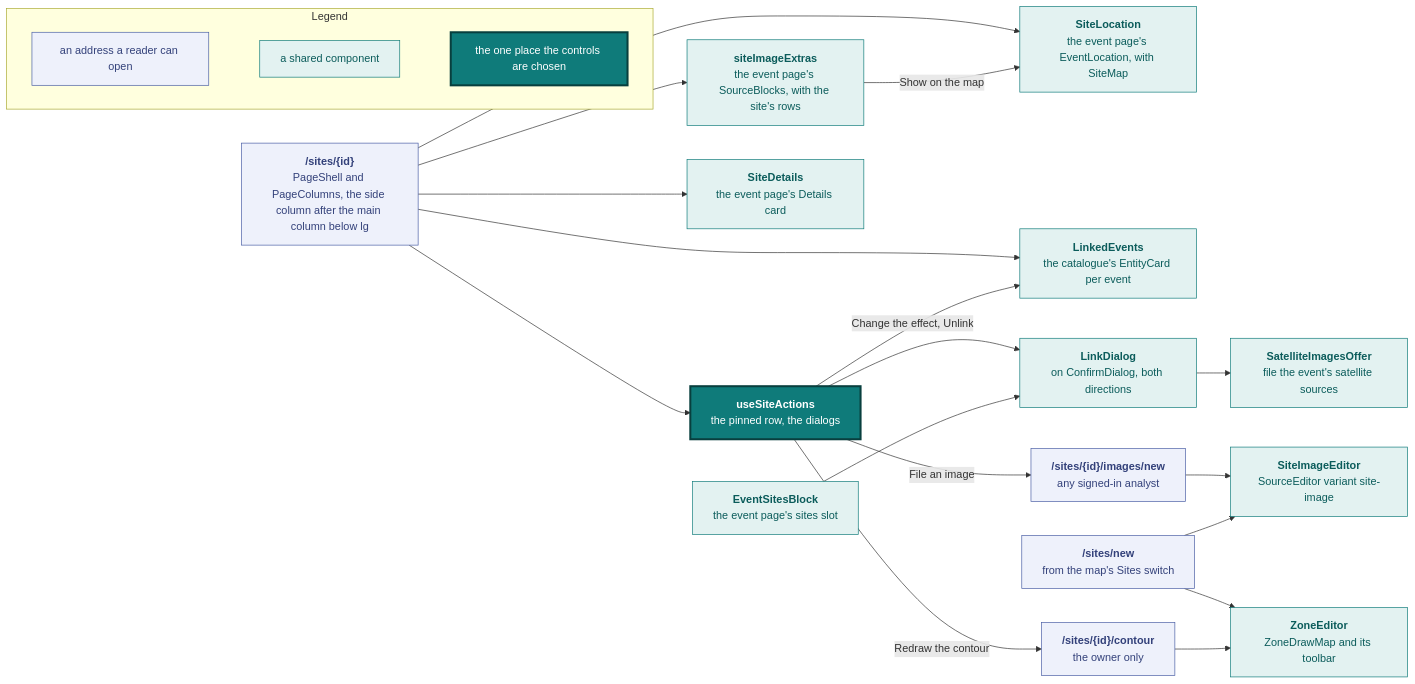
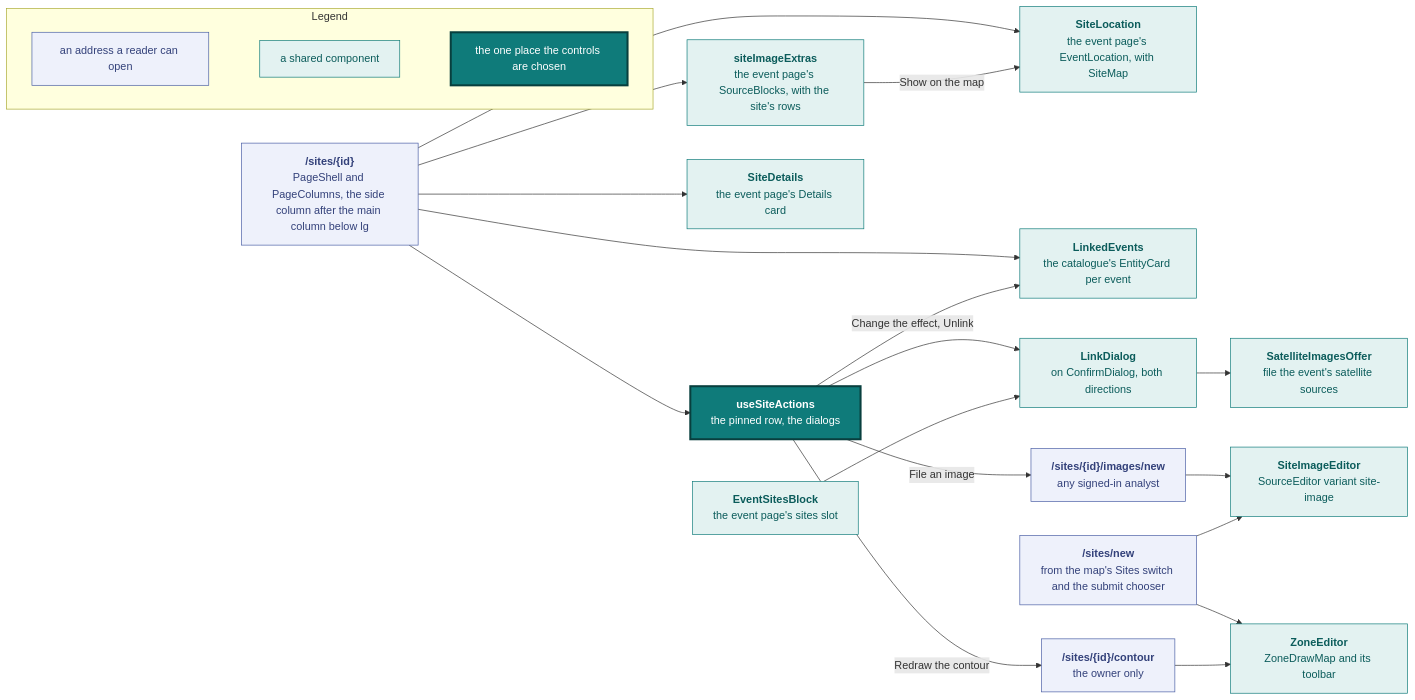
Before and after one commit to vidithq/vidit: diagram 15 of 17 in docs/design.md, drawn with Mermaid. The commit also changed other lines of this file and 7 other files, not shown here.

First line of the commit message:
feat(sites): site and collection tiles in submit, new-site page laid out like the site page

````diff
--- a/docs/design.md
+++ b/docs/design.md
@@ -1505,60 +1505,60 @@
 ```mermaid
 flowchart LR
   classDef spec fill:#eef1fb,stroke:#4a5fa5,color:#33417a
   classDef shared fill:#e3f2f1,stroke:#0f7b7a,color:#0b5c5b
   classDef core fill:#0f7b7a,stroke:#083f3e,stroke-width:3px,color:#ffffff
 
   subgraph legend [Legend]
     direction LR
     l1["`an address a reader can open`"]:::spec
     l2["`a shared component`"]:::shared
     l3["`the one place the controls are chosen`"]:::core
     l1 ~~~ l2 ~~~ l3
   end
 
   page["`**/sites/{id}**
   PageShell and PageColumns, the side column after the main column below lg`"]:::spec
   actions["`**useSiteActions**
   the pinned row, the dialogs`"]:::core
   card["`**siteImageExtras**
   the event page's SourceBlocks, with the site's rows`"]:::shared
   zone["`**SiteLocation**
   the event page's EventLocation, with SiteMap`"]:::shared
   details["`**SiteDetails**
   the event page's Details card`"]:::shared
   linked["`**LinkedEvents**
   the catalogue's EntityCard per event`"]:::shared
   dialog["`**LinkDialog**
   on ConfirmDialog, both directions`"]:::shared
   offer["`**SatelliteImagesOffer**
   file the event's satellite sources`"]:::shared
   file["`**/sites/{id}/images/new**
   any signed-in analyst`"]:::spec
   contour["`**/sites/{id}/contour**
   the owner only`"]:::spec
   create["`**/sites/new**
-  from the map's Sites switch`"]:::spec
+  from the map's Sites switch and the submit chooser`"]:::spec
   imageed["`**SiteImageEditor**
   SourceEditor variant site-image`"]:::shared
   zoneed["`**ZoneEditor**
   ZoneDrawMap and its toolbar`"]:::shared
   event["`**EventSitesBlock**
   the event page's sites slot`"]:::shared
 
   page --> actions
   page --> card
   page --> zone
   page --> details
   page --> linked
   card -->|"Show on the map"| zone
   actions -->|"Change the effect, Unlink"| linked
   actions --> dialog
   event --> dialog
   dialog --> offer
   actions -->|"File an image"| file
   actions -->|"Redraw the contour"| contour
   file --> imageed
   create --> imageed
   create --> zoneed
   contour --> zoneed
 ```
````
